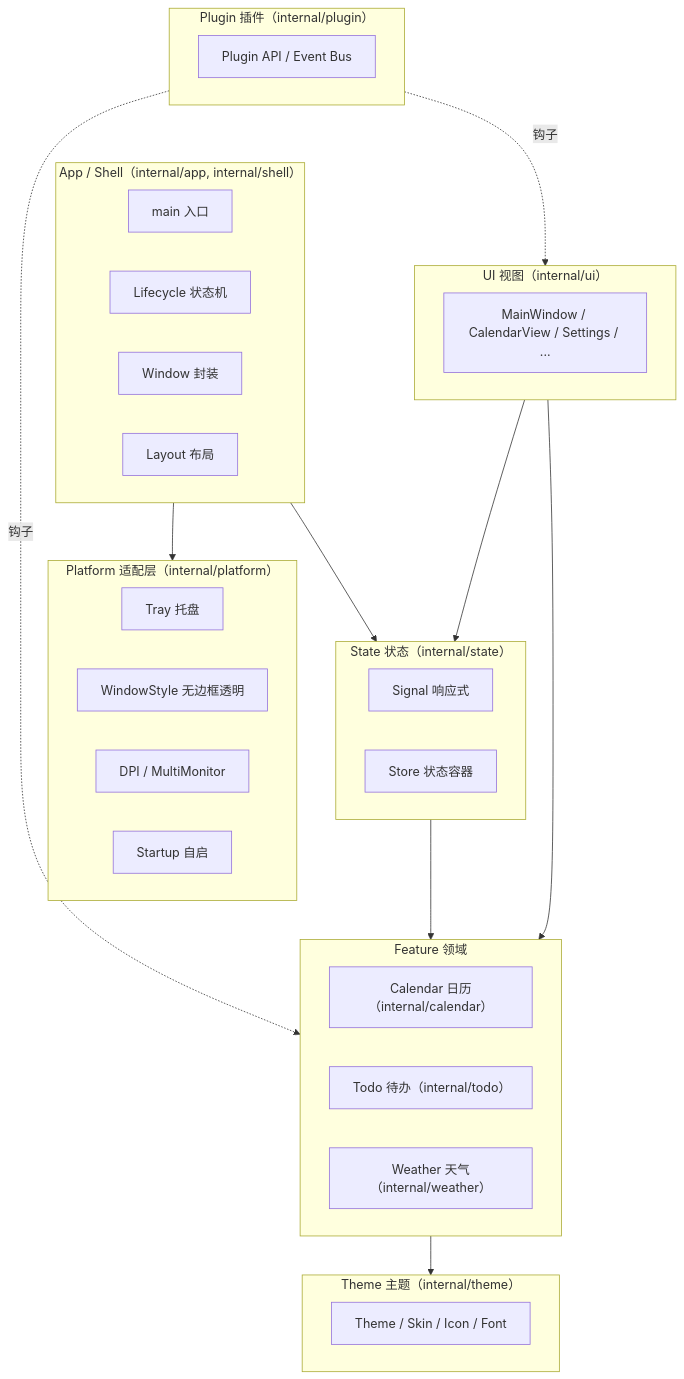
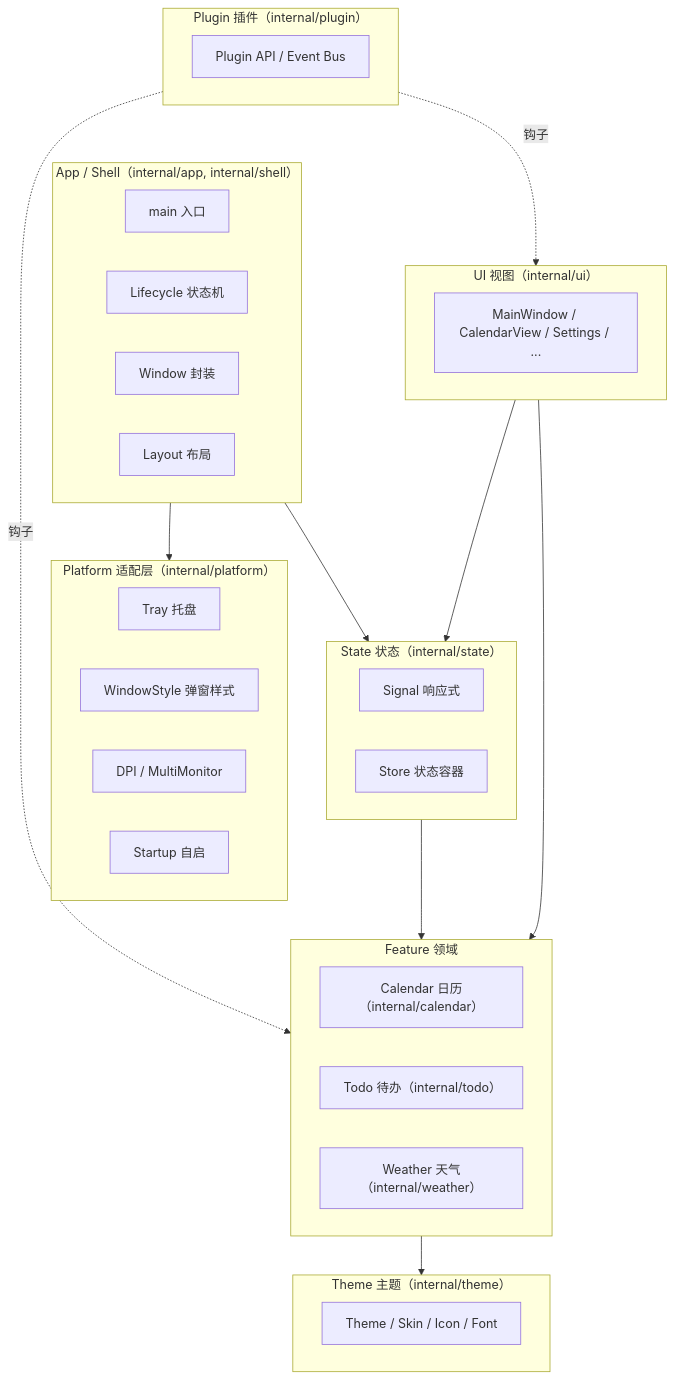
One commit to shaolei/DeskCalendar changed the first of 2 diagrams in docs/01-总体架构.md. Above: the diagram before and after it, drawn with Mermaid. The commit also changed other lines of this file and 25 other files, not shown here.

````diff
--- a/docs/01-总体架构.md
+++ b/docs/01-总体架构.md
@@ -17,42 +17,42 @@
 ```mermaid
 flowchart TB
     subgraph APP["App / Shell（internal/app, internal/shell）"]
         A0["main 入口"]
         A1["Lifecycle 状态机"]
         A2["Window 封装"]
         A3["Layout 布局"]
     end
     subgraph PLAT["Platform 适配层（internal/platform）"]
         P1["Tray 托盘"]
-        P2["WindowStyle 无边框透明"]
+        P2["WindowStyle 弹窗样式"]
         P3["DPI / MultiMonitor"]
         P4["Startup 自启"]
     end
     subgraph STATE["State 状态（internal/state）"]
         S1["Signal 响应式"]
         S2["Store 状态容器"]
     end
     subgraph FEAT["Feature 领域"]
         F1["Calendar 日历（internal/calendar）"]
         F2["Todo 待办（internal/todo）"]
         F3["Weather 天气（internal/weather）"]
     end
     subgraph THEME["Theme 主题（internal/theme）"]
         T1["Theme / Skin / Icon / Font"]
     end
     subgraph PLUG["Plugin 插件（internal/plugin）"]
         PL1["Plugin API / Event Bus"]
     end
     subgraph UI["UI 视图（internal/ui）"]
         U1["MainWindow / CalendarView / Settings / ..."]
     end
 
     APP --> PLAT
     APP --> STATE
     STATE --> FEAT
     FEAT --> THEME
     UI --> STATE
     UI --> FEAT
     PLUG -. "钩子" .-> FEAT
     PLUG -. "钩子" .-> UI
 ```
````
